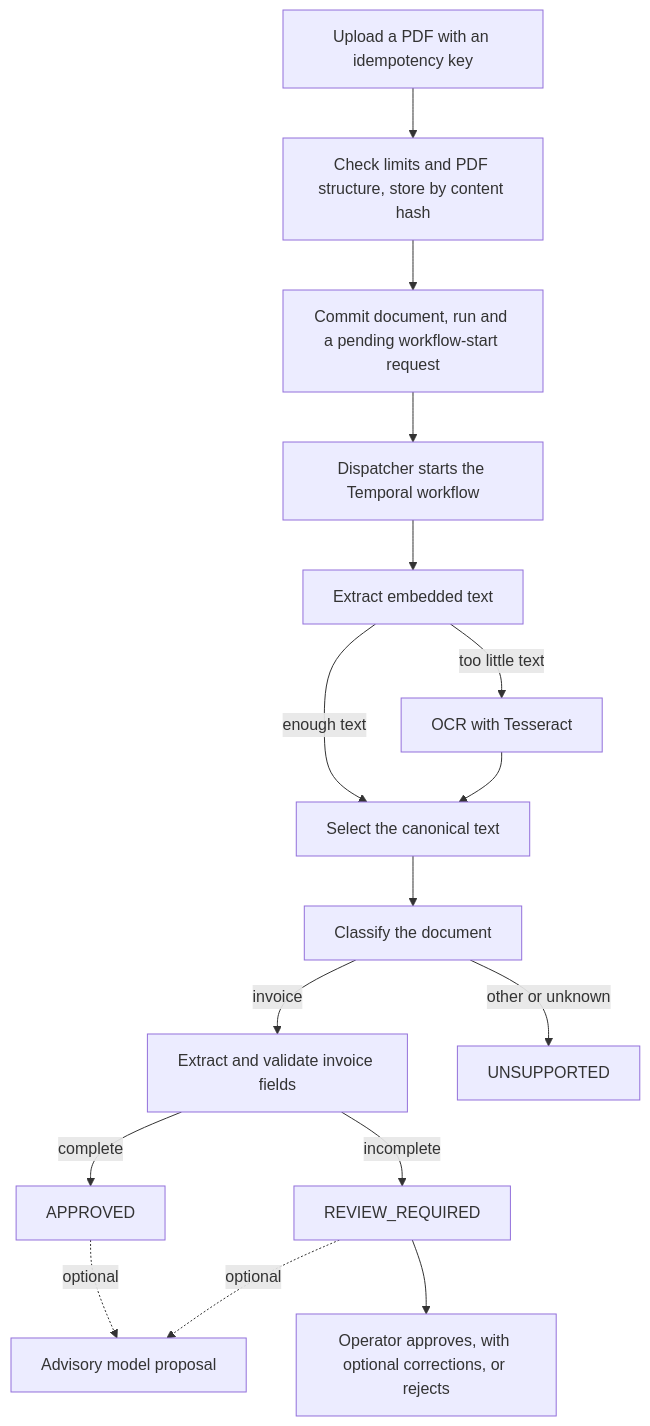
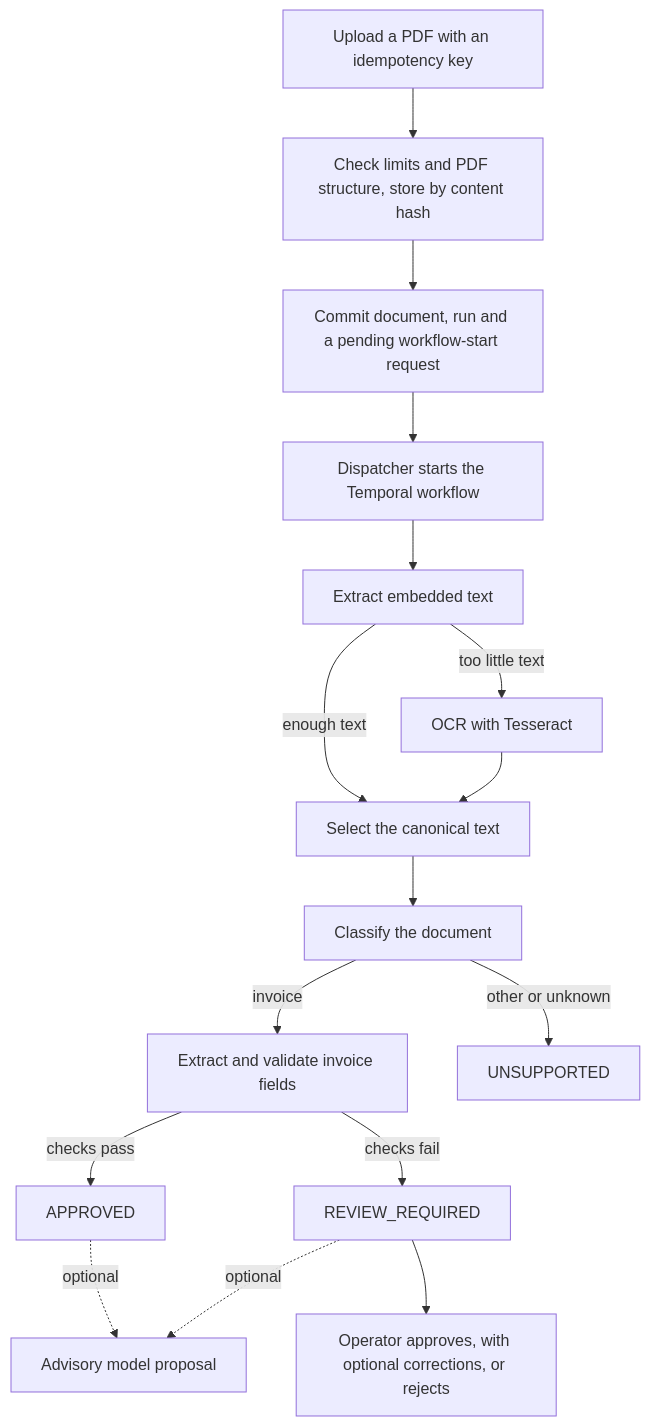
One commit to PietroRussoD/ai-document-processing-platform changed the first of 2 diagrams in docs/product-overview.md. Above: the diagram before and after it, drawn with Mermaid. The commit also changed other lines of this file and 6 other files, not shown here.

````diff
--- a/docs/product-overview.md
+++ b/docs/product-overview.md
@@ -61,18 +64,18 @@
 ```mermaid
 flowchart TB
     Upload["Upload a PDF with an idempotency key"] --> Accept["Check limits and PDF structure, store by content hash"]
     Accept --> Commit["Commit document, run and a pending workflow-start request"]
     Commit --> Dispatch["Dispatcher starts the Temporal workflow"]
     Dispatch --> Text["Extract embedded text"]
     Text -->|"too little text"| OCR["OCR with Tesseract"]
     Text -->|"enough text"| Select["Select the canonical text"]
     OCR --> Select
     Select --> Classify["Classify the document"]
     Classify -->|"invoice"| Extract["Extract and validate invoice fields"]
     Classify -->|"other or unknown"| Unsupported["UNSUPPORTED"]
-    Extract -->|"complete"| Approved["APPROVED"]
-    Extract -->|"incomplete"| Review["REVIEW_REQUIRED"]
+    Extract -->|"checks pass"| Approved["APPROVED"]
+    Extract -->|"checks fail"| Review["REVIEW_REQUIRED"]
     Approved -.->|"optional"| Proposal["Advisory model proposal"]
     Review -.->|"optional"| Proposal
     Review --> Decision["Operator approves, with optional corrections, or rejects"]
 ```
````
